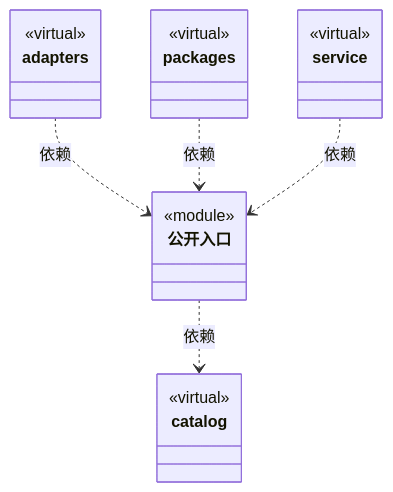
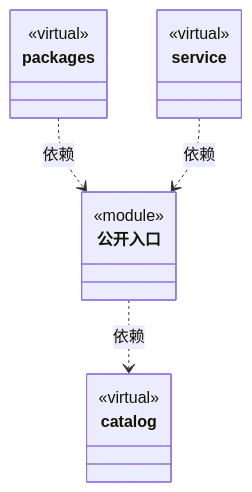
One commit to nan023062/cbim changed the diagram in src/logic/engines/ARCHITECTURE.md. Above: the diagram before and after it, drawn with Mermaid. The commit also changed other lines of this file and 374 other files, not shown here.

````diff
--- a/src/logic/engines/ARCHITECTURE.md
+++ b/src/logic/engines/ARCHITECTURE.md
@@ -21,27 +21,22 @@
 ```mermaid
 classDiagram
 class N_fbb1ef4949d9["公开入口"] {
   <<module>>
 }
 click N_fbb1ef4949d9 href "index.ts"
 class N_36c40847e267["catalog"] {
   <<virtual>>
 }
 click N_36c40847e267 href "catalog/ARCHITECTURE.md"
-class N_e1e47e090bc2["adapters"] {
-  <<virtual>>
-}
-click N_e1e47e090bc2 href "adapters/ARCHITECTURE.md"
 class N_e36725470015["packages"] {
   <<virtual>>
 }
 click N_e36725470015 href "packages/ARCHITECTURE.md"
 class N_c89715d50249["service"] {
   <<virtual>>
 }
 click N_c89715d50249 href "service/ARCHITECTURE.md"
 N_fbb1ef4949d9 ..> N_36c40847e267 : 依赖
-N_e1e47e090bc2 ..> N_fbb1ef4949d9 : 依赖
 N_e36725470015 ..> N_fbb1ef4949d9 : 依赖
 N_c89715d50249 ..> N_fbb1ef4949d9 : 依赖
 ```
````
